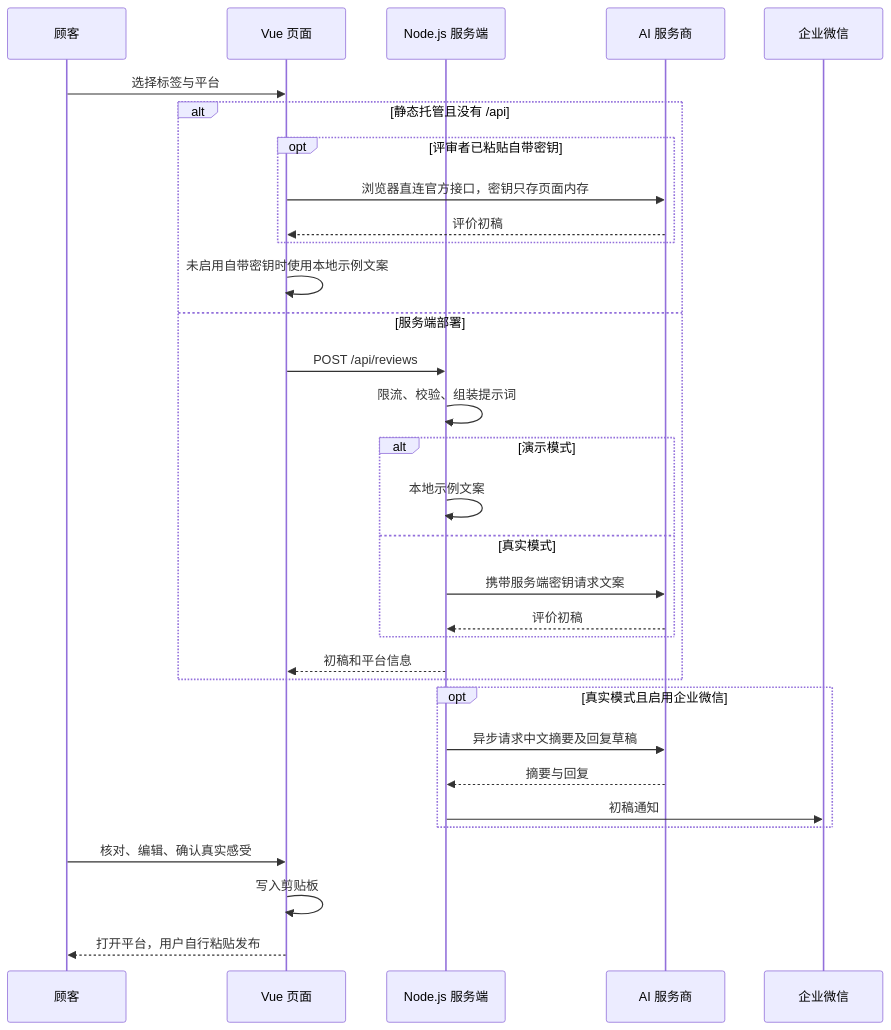
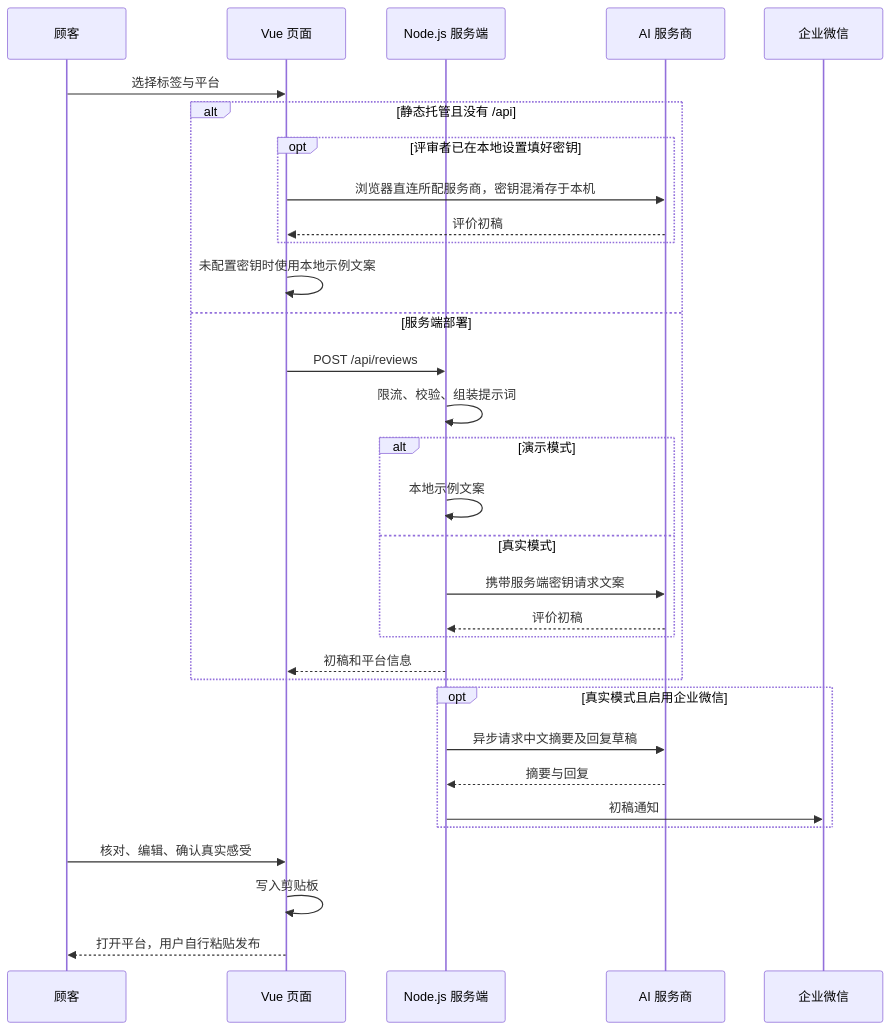
One commit to tyza66/sunny-tea-house changed the diagram in docs/架构设计.md. Above: the diagram before and after it, drawn with Mermaid. The commit also changed other lines of this file and 9 other files, not shown here.

First line of the commit message:
文档与截图同步为本地设置面板口径

````diff
--- a/docs/架构设计.md
+++ b/docs/架构设计.md
@@ -53,34 +55,34 @@
 ```mermaid
 sequenceDiagram
   participant U as 顾客
   participant V as Vue 页面
   participant S as Node.js 服务端
   participant D as AI 服务商
   participant W as 企业微信
   U->>V: 选择标签与平台
   alt 静态托管且没有 /api
-    opt 评审者已粘贴自带密钥
-      V->>D: 浏览器直连官方接口，密钥只存页面内存
+    opt 评审者已在本地设置填好密钥
+      V->>D: 浏览器直连所配服务商，密钥混淆存于本机
       D-->>V: 评价初稿
     end
-    V->>V: 未启用自带密钥时使用本地示例文案
+    V->>V: 未配置密钥时使用本地示例文案
   else 服务端部署
     V->>S: POST /api/reviews
     S->>S: 限流、校验、组装提示词
     alt 演示模式
       S->>S: 本地示例文案
     else 真实模式
       S->>D: 携带服务端密钥请求文案
       D-->>S: 评价初稿
     end
     S-->>V: 初稿和平台信息
   end
   opt 真实模式且启用企业微信
     S->>D: 异步请求中文摘要及回复草稿
     D-->>S: 摘要与回复
     S->>W: 初稿通知
   end
   U->>V: 核对、编辑、确认真实感受
   V->>V: 写入剪贴板
 V-->>U: 打开平台，用户自行粘贴发布
 ```
````
